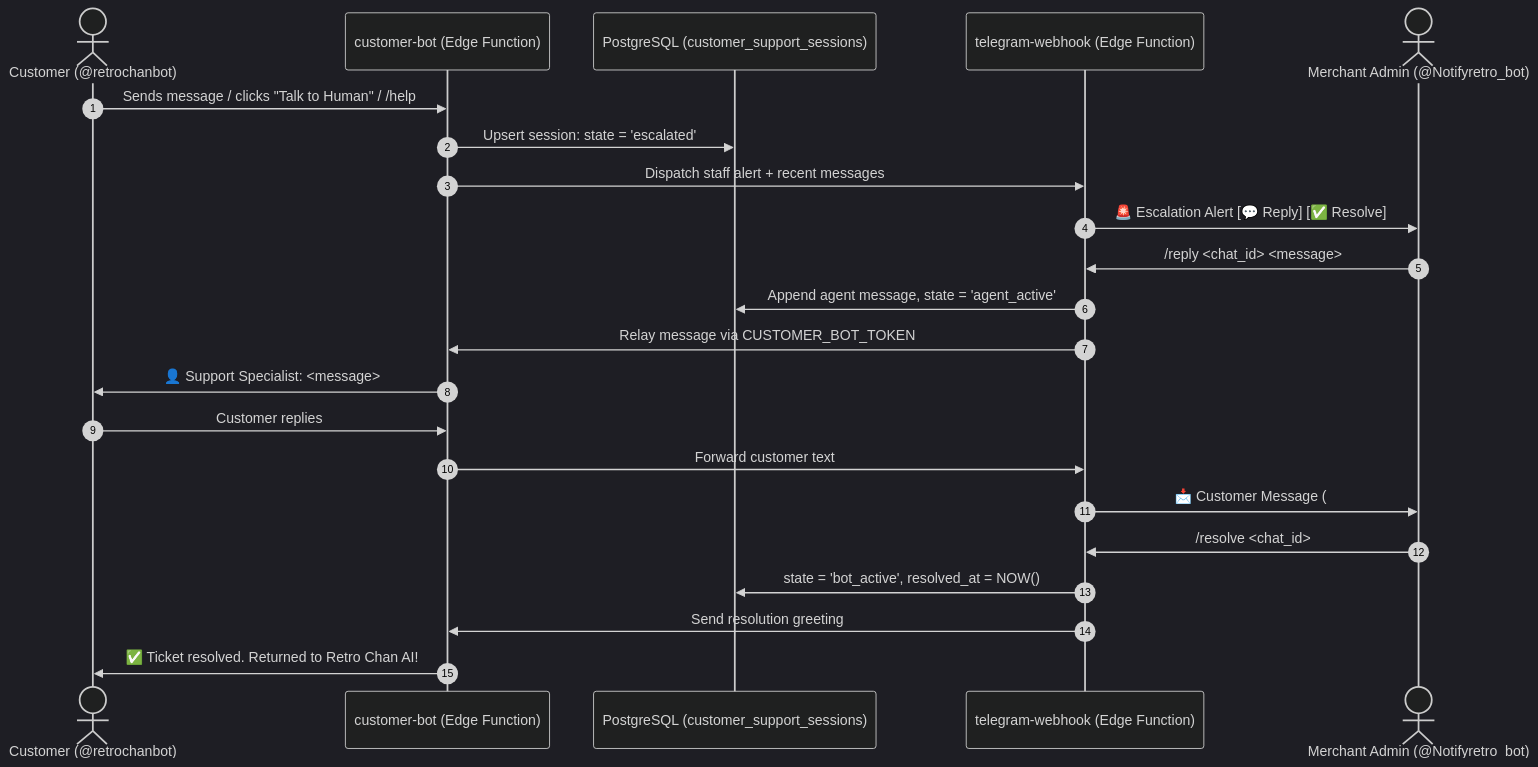
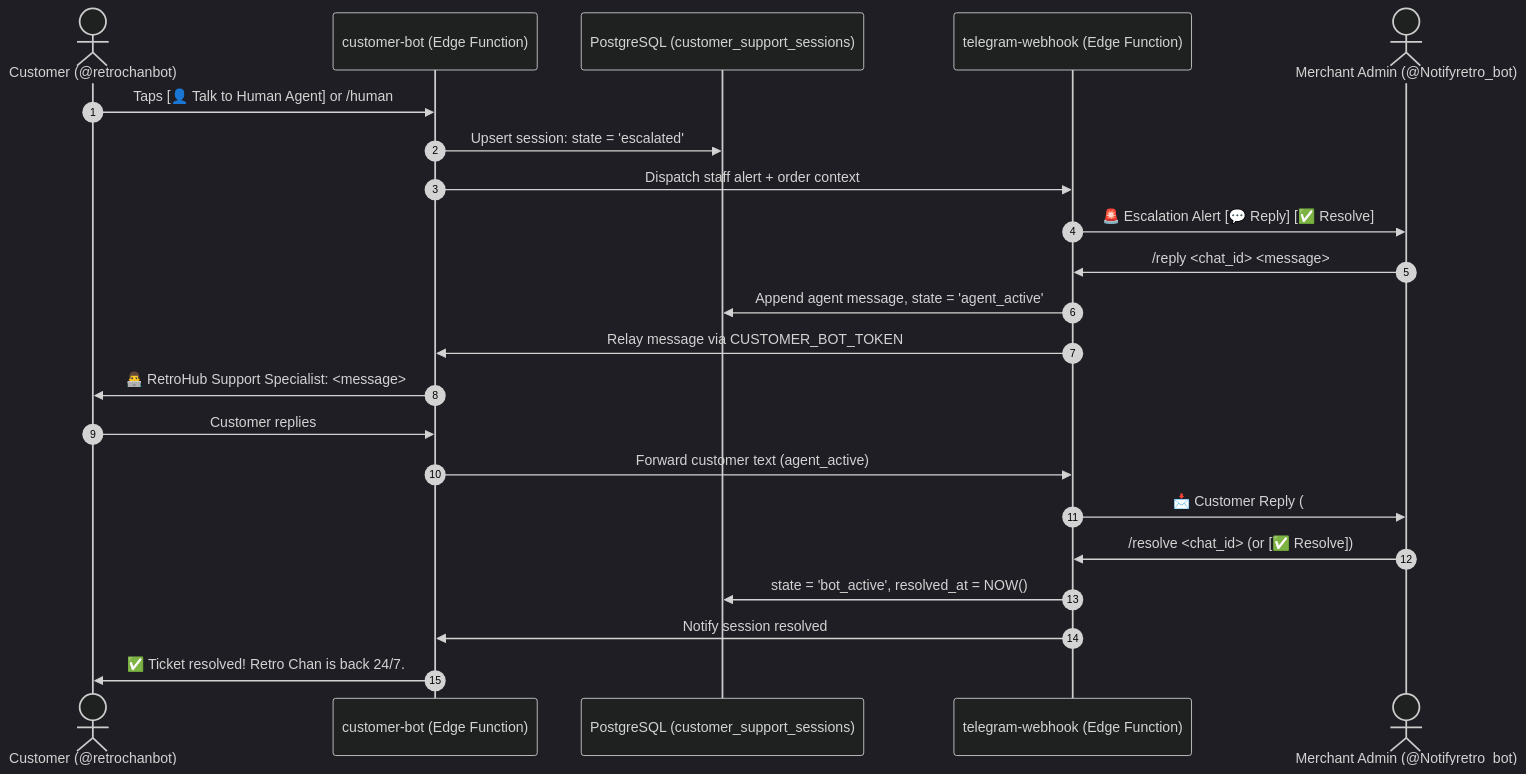
The diagram in supabase/README.md (abirthe/retrohub), drawn with Mermaid (dark theme) before and after one commit. The commit also changed other lines of this file and 2 other files, not shown here.

Commit message:
docs: update all readmes with dual-engine Grok architecture and isolated escalation invariants

````diff
--- a/supabase/README.md
+++ b/supabase/README.md
@@ -86,28 +88,28 @@
 ```mermaid
 sequenceDiagram
     autonumber
     actor C as Customer (@retrochanbot)
     participant CB as customer-bot (Edge Function)
     participant DB as PostgreSQL (customer_support_sessions)
     participant AB as telegram-webhook (Edge Function)
     actor M as Merchant Admin (@Notifyretro_bot)
 
-    C->>CB: Sends message / clicks "Talk to Human" / /help
+    C->>CB: Taps [👤 Talk to Human Agent] or /human
     CB->>DB: Upsert session: state = 'escalated'
-    CB->>AB: Dispatch staff alert + recent messages
+    CB->>AB: Dispatch staff alert + order context
     AB->>M: 🚨 Escalation Alert [💬 Reply] [✅ Resolve]
     
     M->>AB: /reply <chat_id> <message>
     AB->>DB: Append agent message, state = 'agent_active'
     AB->>CB: Relay message via CUSTOMER_BOT_TOKEN
-    CB->>C: 👤 Support Specialist: <message>
+    CB->>C: 👨‍💻 RetroHub Support Specialist: <message>
 
     C->>CB: Customer replies
-    CB->>AB: Forward customer text
-    AB->>M: 📩 Customer Message (#<chat_id>): <text>
+    CB->>AB: Forward customer text (agent_active)
+    AB->>M: 📩 Customer Reply (#<chat_id>): <text>
 
-    M->>AB: /resolve <chat_id>
+    M->>AB: /resolve <chat_id> (or [✅ Resolve])
     AB->>DB: state = 'bot_active', resolved_at = NOW()
-    AB->>CB: Send resolution greeting
-    CB->>C: ✅ Ticket resolved. Returned to Retro Chan AI!
+    AB->>CB: Notify session resolved
+    CB->>C: ✅ Ticket resolved! Retro Chan is back 24/7.
 ```
````
